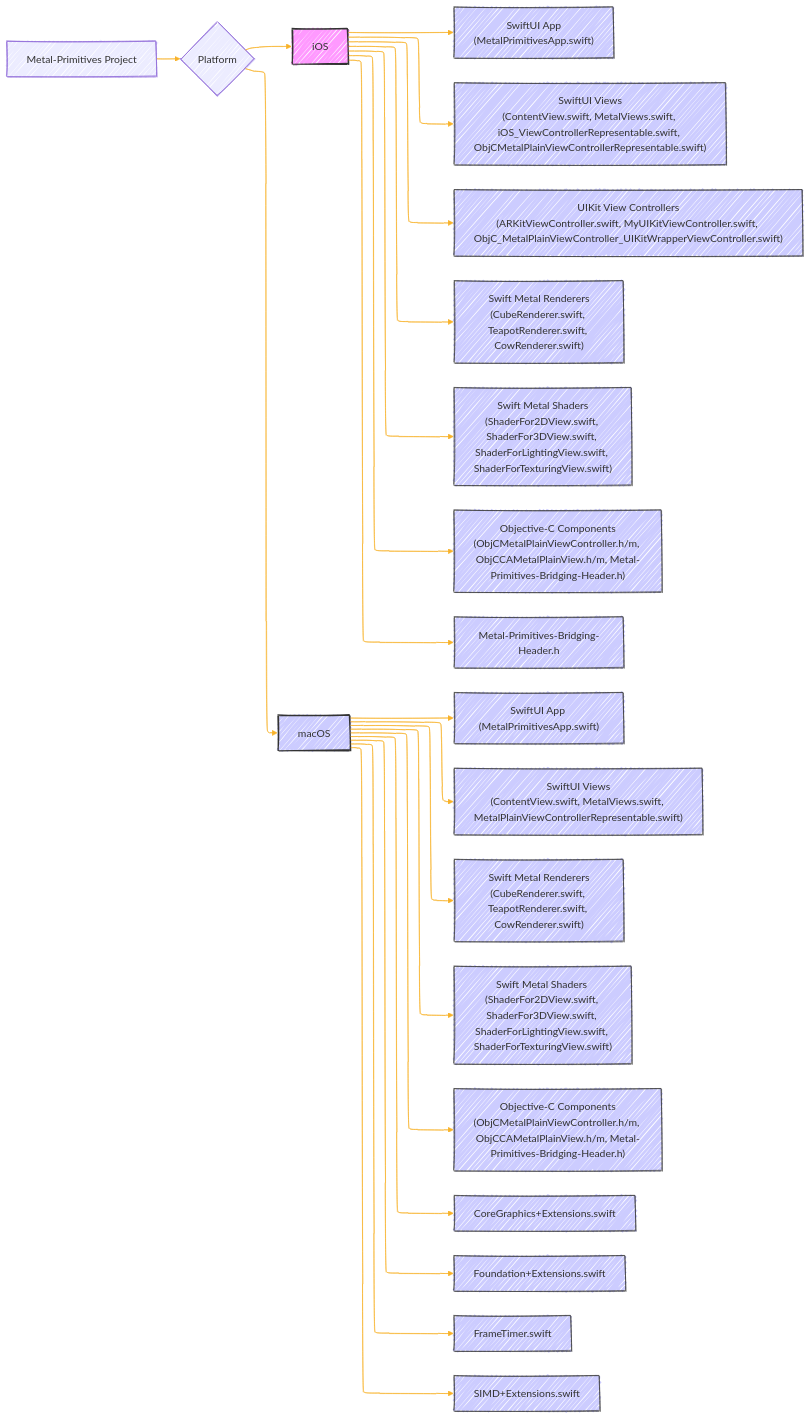
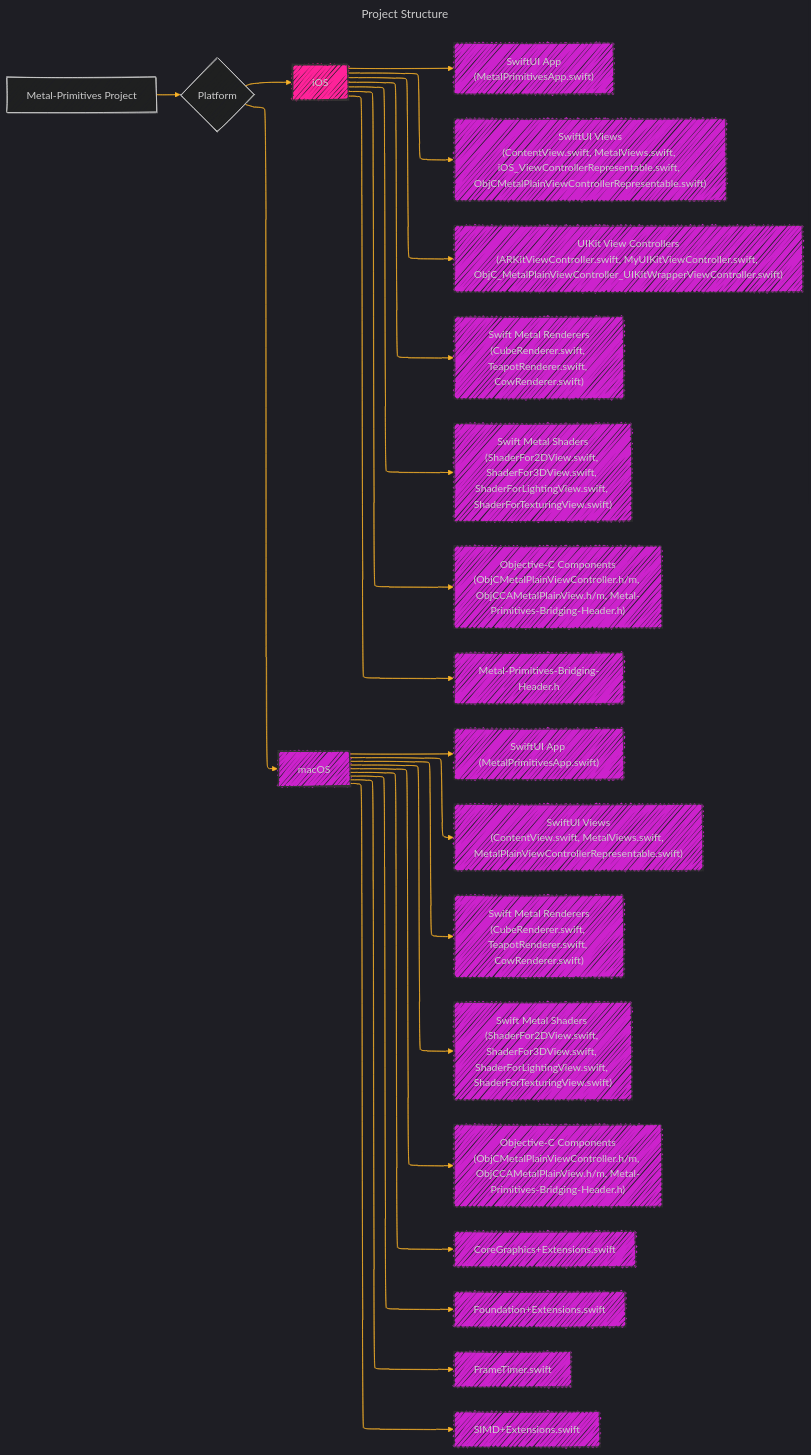
The first of 8 diagrams in Documentation_Consolidated_Version_Draft_2.md (CongLeSolutionX/Metal-Primitives), drawn with Mermaid before and after one commit. The commit also changed other lines of this file, not shown here.

````diff
--- a/Documentation_Consolidated_Version_Draft_2.md
+++ b/Documentation_Consolidated_Version_Draft_2.md
@@ -34,77 +33,81 @@
 ```mermaid
+---
+title: Project Structure
+config:
+  layout: elk
+  look: handDrawn
+  theme: dark
+---
 %%{
   init: {
-    'theme': 'default',
-    'layout': 'elk',
-    'look': 'handDrawn',
     'fontFamily': 'verdana',
     'themeVariables': {
       'primaryColor': '#BB2528',
-      'primaryTextColor': '#fff',
+      'primaryTextColor': '#f529',
       'primaryBorderColor': '#7C0000',
       'lineColor': '#F8B229',
       'secondaryColor': '#006100',
       'tertiaryColor': '#fff'
     }
   }
 }%%
 graph LR
     A["Metal-Primitives Project"] --> B{"Platform"}
     B --> C["iOS"]
     B --> D["macOS"]
 
     C --> E["SwiftUI App<br>(MetalPrimitivesApp.swift)"]
     C --> F["SwiftUI Views<br>(ContentView.swift, MetalViews.swift, iOS_ViewControllerRepresentable.swift, ObjCMetalPlainViewControllerRepresentable.swift)"]
     C --> G["UIKit View Controllers<br>(ARKitViewController.swift, MyUIKitViewController.swift, ObjC_MetalPlainViewController_UIKitWrapperViewController.swift)"]
     C --> H["Swift Metal Renderers<br>(CubeRenderer.swift, TeapotRenderer.swift, CowRenderer.swift)"]
     C --> I["Swift Metal Shaders<br>(ShaderFor2DView.swift, ShaderFor3DView.swift, ShaderForLightingView.swift, ShaderForTexturingView.swift)"]
     C --> J["Objective-C Components<br>(ObjCMetalPlainViewController.h/m, ObjCCAMetalPlainView.h/m, Metal-Primitives-Bridging-Header.h)"]
     C --> K[Metal-Primitives-Bridging-Header.h]
 
     D --> L["SwiftUI App (MetalPrimitivesApp.swift)"]
     D --> M["SwiftUI Views<br>(ContentView.swift, MetalViews.swift, MetalPlainViewControllerRepresentable.swift)"]
     D --> N["Swift Metal Renderers<br>(CubeRenderer.swift, TeapotRenderer.swift, CowRenderer.swift)"]
     D --> O["Swift Metal Shaders (ShaderFor2DView.swift, ShaderFor3DView.swift, ShaderForLightingView.swift, ShaderForTexturingView.swift)"]
     D --> P["Objective-C Components<br>(ObjCMetalPlainViewController.h/m, ObjCCAMetalPlainView.h/m, Metal-Primitives-Bridging-Header.h)"]
     D --> Q["CoreGraphics+Extensions.swift"]
     D --> R["Foundation+Extensions.swift"]
     D --> S["FrameTimer.swift"]
     D --> T["SIMD+Extensions.swift"]
 
-    style C fill:#f9f,stroke:#333,stroke-width:2px
-    style D fill:#ccf,stroke:#333,stroke-width:2px
-    style E fill:#ccf,stroke:#333,stroke-width:1px
-    style F fill:#ccf,stroke:#333,stroke-width:1px
-    style G fill:#ccf,stroke:#333,stroke-width:1px
-    style H fill:#ccf,stroke:#333,stroke-width:1px
-    style I fill:#ccf,stroke:#333,stroke-width:1px
-    style J fill:#ccf,stroke:#333,stroke-width:1px
-    style K fill:#ccf,stroke:#333,stroke-width:1px
-    style L fill:#ccf,stroke:#333,stroke-width:1px
-    style M fill:#ccf,stroke:#333,stroke-width:1px
-    style N fill:#ccf,stroke:#333,stroke-width:1px
-    style O fill:#ccf,stroke:#333,stroke-width:1px
-    style P fill:#ccf,stroke:#333,stroke-width:1px
-    style Q fill:#ccf,stroke:#333,stroke-width:1px
-    style R fill:#ccf,stroke:#333,stroke-width:1px
-    style S fill:#ccf,stroke:#333,stroke-width:1px
-    style T fill:#ccf,stroke:#333,stroke-width:1px
+    style C fill:#f29f,stroke:#333,stroke-width:2px
+    style D fill:#c2cf,stroke:#333,stroke-width:2px
+    style E fill:#c2cf,stroke:#333,stroke-width:1px
+    style F fill:#c2cf,stroke:#333,stroke-width:1px
+    style G fill:#c2cf,stroke:#333,stroke-width:1px
+    style H fill:#c2cf,stroke:#333,stroke-width:1px
+    style I fill:#c2cf,stroke:#333,stroke-width:1px
+    style J fill:#c2cf,stroke:#333,stroke-width:1px
+    style K fill:#c2cf,stroke:#333,stroke-width:1px
+    style L fill:#c2cf,stroke:#333,stroke-width:1px
+    style M fill:#c2cf,stroke:#333,stroke-width:1px
+    style N fill:#c2cf,stroke:#333,stroke-width:1px
+    style O fill:#c2cf,stroke:#333,stroke-width:1px
+    style P fill:#c2cf,stroke:#333,stroke-width:1px
+    style Q fill:#c2cf,stroke:#333,stroke-width:1px
+    style R fill:#c2cf,stroke:#333,stroke-width:1px
+    style S fill:#c2cf,stroke:#333,stroke-width:1px
+    style T fill:#c2cf,stroke:#333,stroke-width:1px
 
     click E "https://developer.apple.com/documentation/swiftui/app"
     click F "https://developer.apple.com/documentation/swiftui/viewrepresentable"
     click G "https://developer.apple.com/documentation/uikit/uiviewcontroller"
     click H "https://developer.apple.com/documentation/metal"
     click I "https://developer.apple.com/documentation/metal"
     click J "https://developer.apple.com/documentation/objectivec"
     click K "https://developer.apple.com/documentation/swift/using-swift-with-cocoa-and-objective-c"
     click L "https://developer.apple.com/documentation/swiftui/app"
     click M "https://developer.apple.com/documentation/swiftui/viewrepresentable"
     click N "https://developer.apple.com/documentation/metal"
     click O "https://developer.apple.com/documentation/metal"
     click P "https://developer.apple.com/documentation/objectivec"
     click Q "https://developer.apple.com/documentation/coregraphics"
     click R "https://developer.apple.com/documentation/foundation"
     click S "https://developer.apple.com/documentation/foundation/nstimer"
     click T "https://developer.apple.com/documentation/simd"
 
 ```
````
